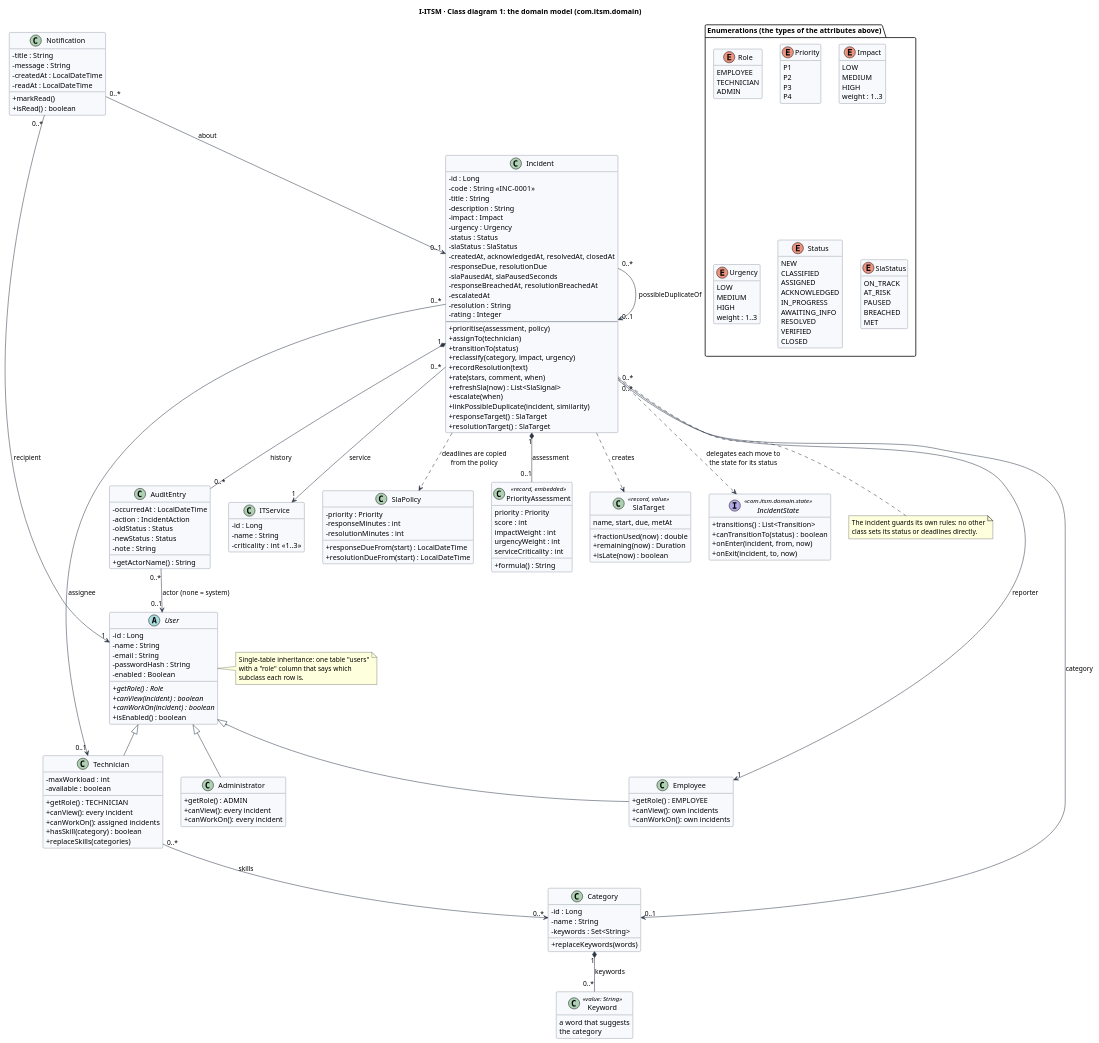
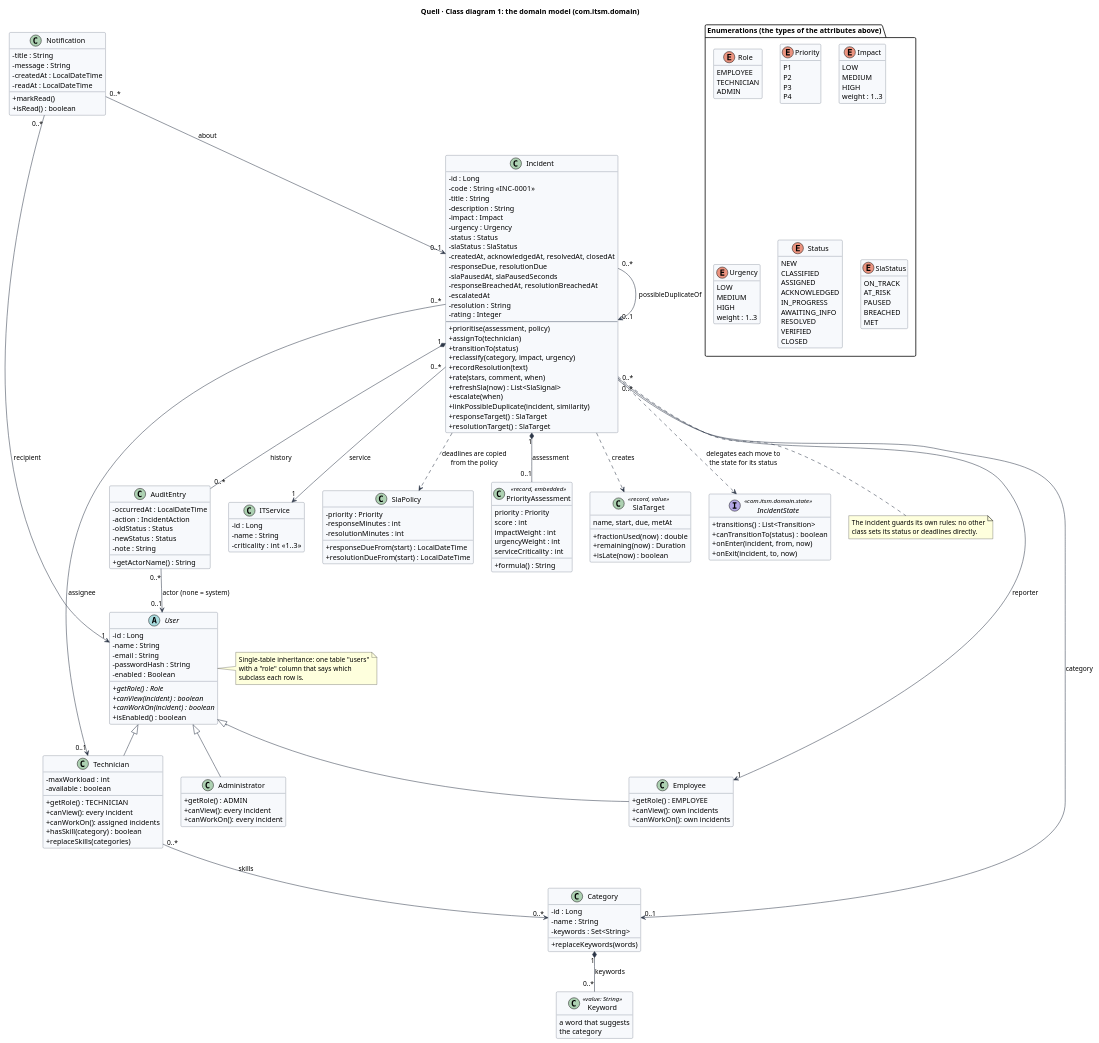
One commit to PresidentOfBirTawil/itsm changed the diagram in docs/diagrams/class-diagram.puml. Above: the diagram before and after it, drawn with PlantUML. The commit also changed 20 other files, not shown here.

First line of the commit message:
Update the diagrams for the whole product

```diff
--- a/docs/diagrams/class-diagram.puml
+++ b/docs/diagrams/class-diagram.puml
@@ -1,7 +1,7 @@
 @startuml class-diagram
 ' The domain model, drawn from the classes in com.itsm.domain.
 ' Legend:  <|--  inheritance    -->  association    *--  composition    ..>  uses
-title I-ITSM · Class diagram 1: the domain model (com.itsm.domain)
+title Quell · Class diagram 1: the domain model (com.itsm.domain)
 
 set separator none
 skinparam shadowing false
```
